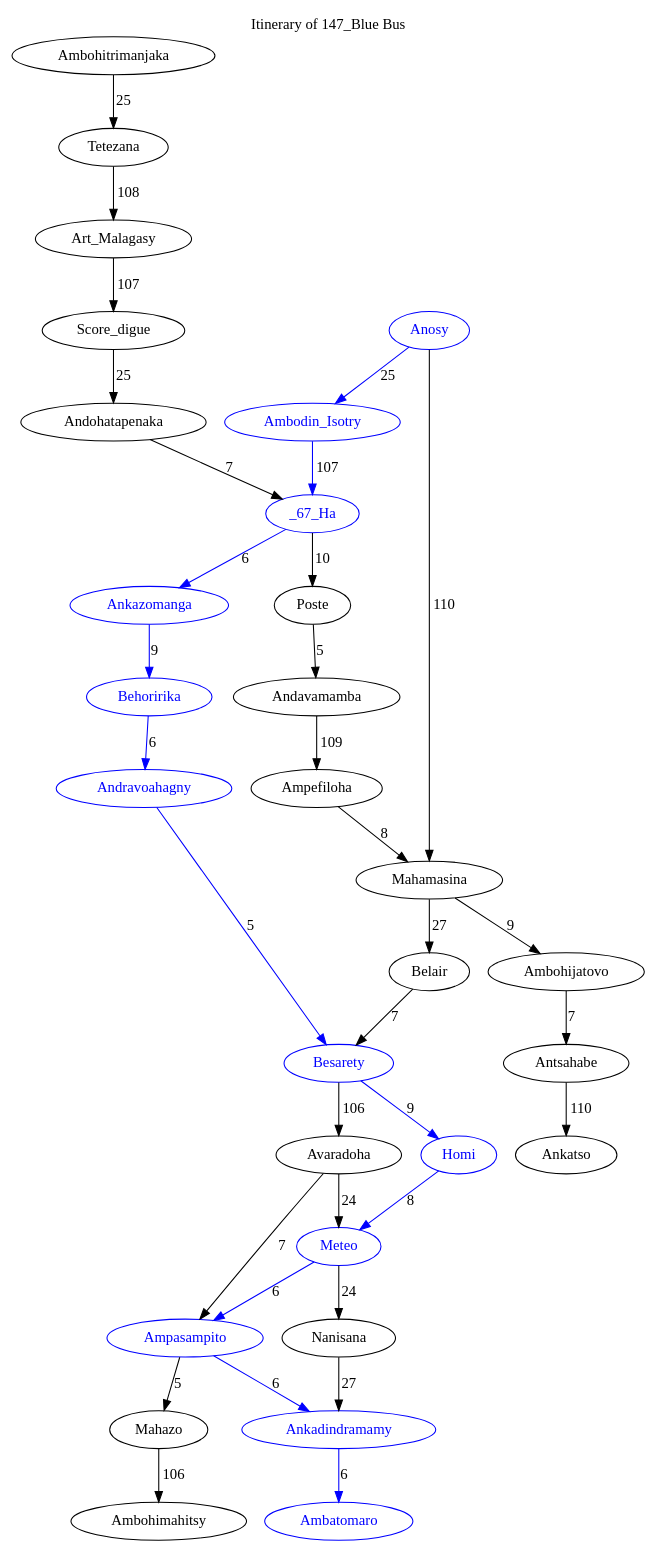
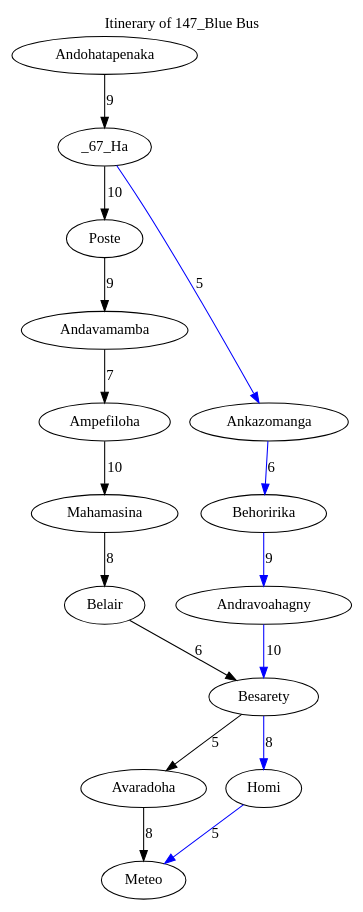
Before and after one commit to Online13/bus-path-finding: the diagram in out/bus_147_Blue.gv, drawn with Graphviz. The commit also changed 10 other files, not shown here.

```diff
--- a/out/bus_147_Blue.gv
+++ b/out/bus_147_Blue.gv
@@ -1,75 +1,17 @@
 digraph G {
-	labelloc="t"	label="Itinerary of 147_Blue Bus"	Ambodin_Isotry -> _67_Ha [color="blue", weight=107, label="107"];
-	Art_Malagasy -> Score_digue [weight=107, label="107"];
-	Antsahabe -> Ankatso [weight=110, label="110"];
-	Andavamamba -> Ampefiloha [weight=109, label="109"];
-	Ampefiloha -> Mahamasina [weight=8, label="8"];
+	labelloc="t"	label="Itinerary of 147_Blue Bus"	Andavamamba -> Ampefiloha [weight=7, label="7"];
+	Ampefiloha -> Mahamasina [weight=10, label="10"];
 	_67_Ha -> Poste [weight=10, label="10"];
-	Meteo -> Ampasampito [color="blue", weight=6, label="6"];
-	Andohatapenaka -> _67_Ha [weight=7, label="7"];
-	Meteo -> Nanisana [weight=24, label="24"];
-	Mahamasina -> Belair [weight=27, label="27"];
-	Ankazomanga -> Behoririka [color="blue", weight=9, label="9"];
-	Andravoahagny -> Besarety [color="blue", weight=5, label="5"];
-	Besarety -> Avaradoha [weight=106, label="106"];
-	Ambohitrimanjaka -> Tetezana [weight=25, label="25"];
-	Homi -> Meteo [color="blue", weight=8, label="8"];
-	Ampasampito -> Mahazo [weight=5, label="5"];
-	Besarety -> Homi [color="blue", weight=9, label="9"];
-	Tetezana -> Art_Malagasy [weight=108, label="108"];
-	Ampasampito -> Ankadindramamy [color="blue", weight=6, label="6"];
-	Poste -> Andavamamba [weight=5, label="5"];
-	_67_Ha -> Ankazomanga [color="blue", weight=6, label="6"];
-	Behoririka -> Andravoahagny [color="blue", weight=6, label="6"];
-	Score_digue -> Andohatapenaka [weight=25, label="25"];
-	Mahamasina -> Ambohijatovo [weight=9, label="9"];
-	Anosy -> Mahamasina [weight=110, label="110"];
-	Ankadindramamy -> Ambatomaro [color="blue", weight=6, label="6"];
-	Mahazo -> Ambohimahitsy [weight=106, label="106"];
-	Anosy -> Ambodin_Isotry [color="blue", weight=25, label="25"];
-	Belair -> Besarety [weight=7, label="7"];
-	Avaradoha -> Meteo [weight=24, label="24"];
-	Ambohijatovo -> Antsahabe [weight=7, label="7"];
-	Avaradoha -> Ampasampito [weight=7, label="7"];
-	Nanisana -> Ankadindramamy [weight=27, label="27"];
-	Andohatapenaka;
-	Ambohitrimanjaka;
-	_67_Ha [color="blue", fontcolor="blue"];
-	Art_Malagasy;
-	Tetezana;
-	Score_digue;
-	Poste;
-	Ampefiloha;
-	_67_Ha [color="blue", fontcolor="blue"];
-	Mahamasina;
-	Andavamamba;
-	Ankatso;
-	Ambohijatovo;
-	Antsahabe;
-	Besarety [color="blue", fontcolor="blue"];
-	Meteo [color="blue", fontcolor="blue"];
-	Nanisana;
-	Mahamasina;
-	Ambatomaro [color="blue", fontcolor="blue"];
-	Avaradoha;
-	Anosy [color="blue", fontcolor="blue"];
-	Belair;
-	Ankadindramamy [color="blue", fontcolor="blue"];
-	Besarety [color="blue", fontcolor="blue"];
-	Meteo [color="blue", fontcolor="blue"];
-	Andravoahagny [color="blue", fontcolor="blue"];
-	Behoririka [color="blue", fontcolor="blue"];
-	_67_Ha [color="blue", fontcolor="blue"];
-	Ambodin_Isotry [color="blue", fontcolor="blue"];
-	Ambatomaro [color="blue", fontcolor="blue"];
-	Anosy [color="blue", fontcolor="blue"];
-	Ankazomanga [color="blue", fontcolor="blue"];
-	Homi [color="blue", fontcolor="blue"];
-	Ampasampito [color="blue", fontcolor="blue"];
-	Ankadindramamy [color="blue", fontcolor="blue"];
-	Besarety [color="blue", fontcolor="blue"];
-	Avaradoha;
-	Ambohimahitsy;
-	Mahazo;
-	Ampasampito [color="blue", fontcolor="blue"];
+	Andohatapenaka -> _67_Ha [weight=9, label="9"];
+	Mahamasina -> Belair [weight=8, label="8"];
+	Ankazomanga -> Behoririka [color="blue", weight=6, label="6"];
+	Andravoahagny -> Besarety [color="blue", weight=10, label="10"];
+	Besarety -> Avaradoha [weight=5, label="5"];
+	Homi -> Meteo [color="blue", weight=5, label="5"];
+	Besarety -> Homi [color="blue", weight=8, label="8"];
+	Poste -> Andavamamba [weight=9, label="9"];
+	_67_Ha -> Ankazomanga [color="blue", weight=5, label="5"];
+	Behoririka -> Andravoahagny [color="blue", weight=9, label="9"];
+	Belair -> Besarety [weight=6, label="6"];
+	Avaradoha -> Meteo [weight=8, label="8"];
 }
```
